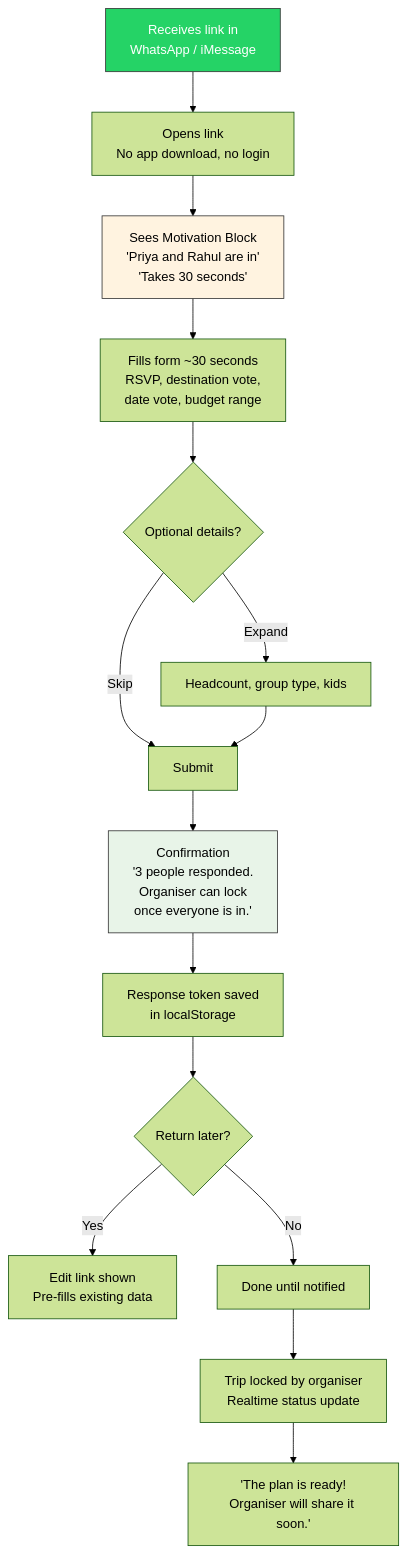
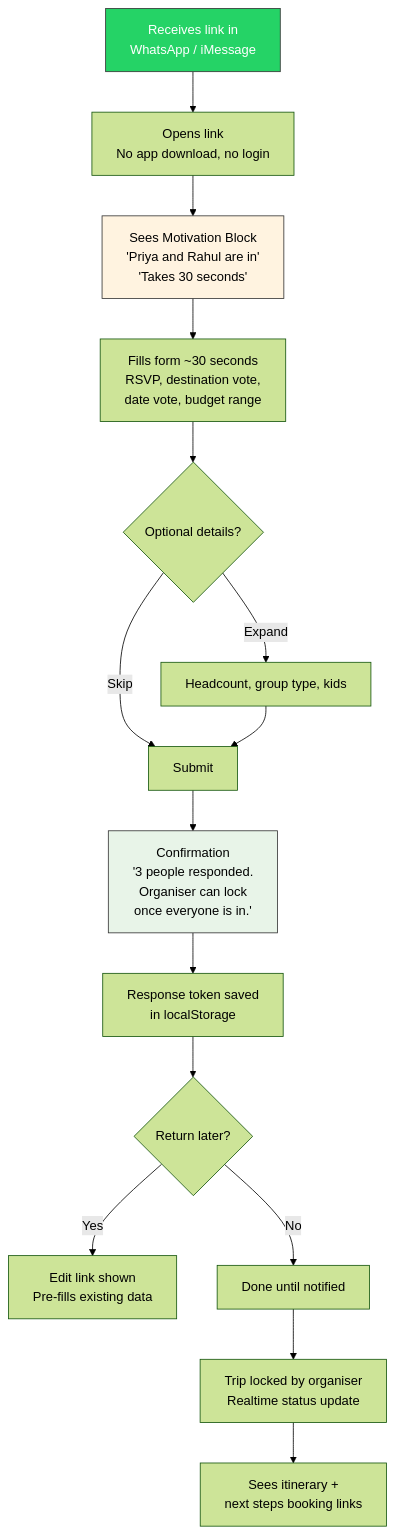
One commit to aditianapindi/Group-travel-planning changed the second of 7 diagrams in PRD-diagrams.md. Above: the diagram before and after it, drawn with Mermaid (forest theme). The commit also changed other lines of this file, not shown here.

First line of the commit message:
Update Mermaid diagrams to match current prototype

````diff
--- a/PRD-diagrams.md
+++ b/PRD-diagrams.md
@@ -37,21 +39,21 @@
 ```mermaid
 flowchart TD
     A["Receives link in\nWhatsApp / iMessage"] --> B["Opens link\nNo app download, no login"]
     B --> C["Sees Motivation Block\n'Priya and Rahul are in'\n'Takes 30 seconds'"]
     C --> D["Fills form ~30 seconds\nRSVP, destination vote,\ndate vote, budget range"]
     D --> E{"Optional details?"}
     E -- "Skip" --> F["Submit"]
     E -- "Expand" --> G["Headcount, group type, kids"]
     G --> F
     F --> H["Confirmation\n'3 people responded.\nOrganiser can lock\nonce everyone is in.'"]
     H --> I["Response token saved\nin localStorage"]
     I --> J{"Return later?"}
     J -- "Yes" --> K["Edit link shown\nPre-fills existing data"]
     J -- "No" --> L["Done until notified"]
     L --> M["Trip locked by organiser\nRealtime status update"]
-    M --> N["'The plan is ready!\nOrganiser will share it soon.'"]
+    M --> N["Sees itinerary +\nnext steps booking links"]
 
     style A fill:#25D366,stroke:#333,color:#fff
     style C fill:#fff3e0,stroke:#333
     style H fill:#e8f4e8,stroke:#333
 ```
````
